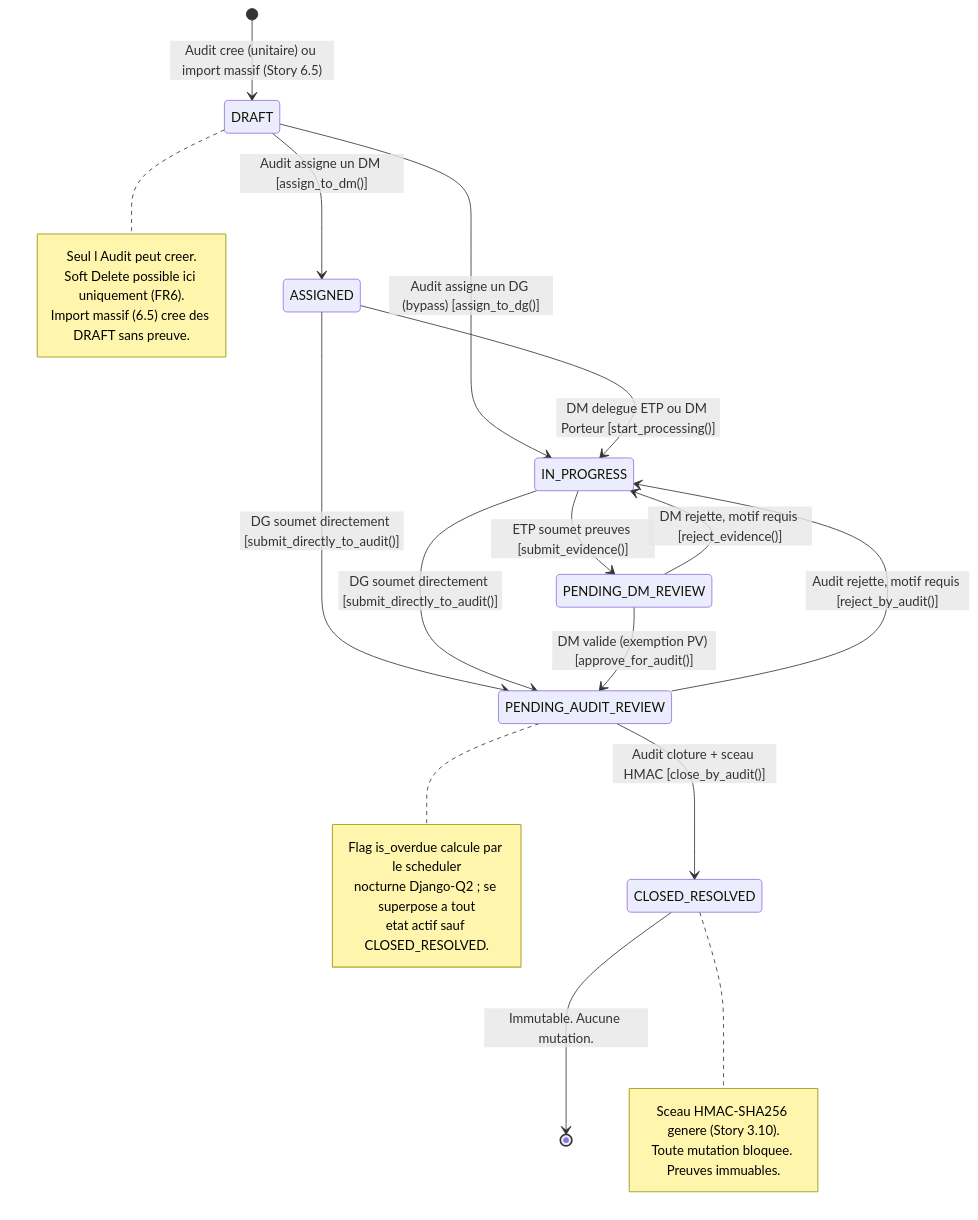
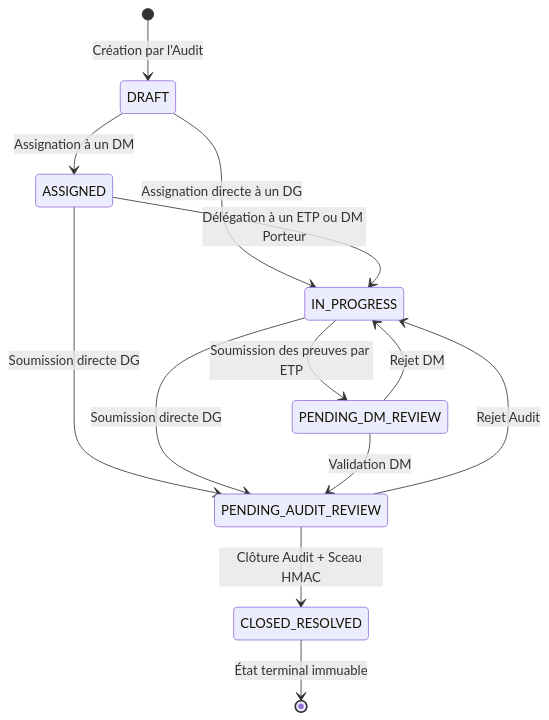
The third of 26 diagrams in _bmad-output/planning-artifacts/system-diagrams.md (Tchendjou2003/bicec--Sentinel), drawn with Mermaid before and after one commit. The commit also changed other lines of this file, not shown here.

Commit message:
docs(bmad): mise à jour system-diagrams.md v2.0

````diff
--- a/_bmad-output/planning-artifacts/system-diagrams.md
+++ b/_bmad-output/planning-artifacts/system-diagrams.md
@@ -464,45 +515,28 @@
 ```mermaid
 stateDiagram-v2
-    [*] --> DRAFT : Audit cree (unitaire) ou import massif (Story 6.5)
+    [*] --> DRAFT : Création par l'Audit
 
     state "DRAFT" as DRAFT
     state "ASSIGNED" as ASSIGNED
     state "IN_PROGRESS" as IN_PROGRESS
     state "PENDING_DM_REVIEW" as PENDING_DM_REVIEW
     state "PENDING_AUDIT_REVIEW" as PENDING_AUDIT_REVIEW
     state "CLOSED_RESOLVED" as CLOSED_RESOLVED
 
-    DRAFT --> ASSIGNED : Audit assigne un DM [assign_to_dm()]
-    DRAFT --> IN_PROGRESS : Audit assigne un DG (bypass) [assign_to_dg()]
+    DRAFT --> ASSIGNED : Assignation à un DM
+    DRAFT --> IN_PROGRESS : Assignation directe à un DG
 
-    ASSIGNED --> IN_PROGRESS : DM delegue ETP ou DM Porteur [start_processing()]
-    ASSIGNED --> PENDING_AUDIT_REVIEW : DG soumet directement [submit_directly_to_audit()]
+    ASSIGNED --> IN_PROGRESS : Délégation à un ETP ou DM Porteur
+    ASSIGNED --> PENDING_AUDIT_REVIEW : Soumission directe DG
 
-    IN_PROGRESS --> PENDING_DM_REVIEW : ETP soumet preuves [submit_evidence()]
-    IN_PROGRESS --> PENDING_AUDIT_REVIEW : DG soumet directement [submit_directly_to_audit()]
+    IN_PROGRESS --> PENDING_DM_REVIEW : Soumission des preuves par ETP
+    IN_PROGRESS --> PENDING_AUDIT_REVIEW : Soumission directe DG
 
-    PENDING_DM_REVIEW --> PENDING_AUDIT_REVIEW : DM valide (exemption PV) [approve_for_audit()]
-    PENDING_DM_REVIEW --> IN_PROGRESS : DM rejette, motif requis [reject_evidence()]
+    PENDING_DM_REVIEW --> PENDING_AUDIT_REVIEW : Validation DM
+    PENDING_DM_REVIEW --> IN_PROGRESS : Rejet DM
 
-    PENDING_AUDIT_REVIEW --> CLOSED_RESOLVED : Audit cloture + sceau HMAC [close_by_audit()]
-    PENDING_AUDIT_REVIEW --> IN_PROGRESS : Audit rejette, motif requis [reject_by_audit()]
+    PENDING_AUDIT_REVIEW --> CLOSED_RESOLVED : Clôture Audit + Sceau HMAC
+    PENDING_AUDIT_REVIEW --> IN_PROGRESS : Rejet Audit
 
-    CLOSED_RESOLVED --> [*] : Immutable. Aucune mutation.
-
-    note right of DRAFT
-        Seul l Audit peut creer.
-        Soft Delete possible ici uniquement (FR6).
-        Import massif (6.5) cree des DRAFT sans preuve.
-    end note
-
-    note right of PENDING_AUDIT_REVIEW
-        Flag is_overdue calcule par le scheduler
-        nocturne Django-Q2 ; se superpose a tout
-        etat actif sauf CLOSED_RESOLVED.
-    end note
-
-    note right of CLOSED_RESOLVED
-        Sceau HMAC-SHA256 genere (Story 3.10).
-        Toute mutation bloquee. Preuves immuables.
-    end note
+    CLOSED_RESOLVED --> [*] : État terminal immuable
 ```
````
